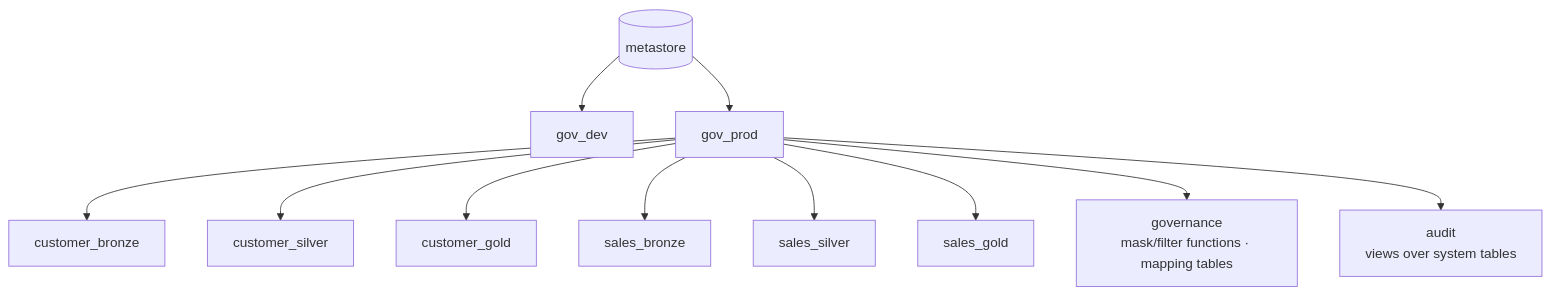
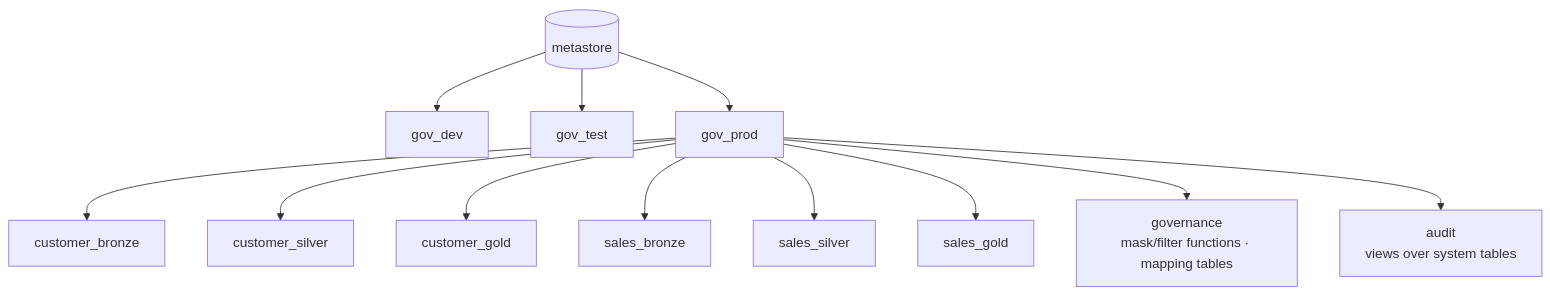
One commit to felipecastro-data/lakehouse-governance-as-code changed the second of 6 diagrams in docs/architecture.md. Above: the diagram before and after it, drawn with Mermaid. The commit also changed other lines of this file and 5 other files, not shown here.

````diff
--- a/docs/architecture.md
+++ b/docs/architecture.md
@@ -39,9 +39,10 @@
 ```mermaid
 flowchart TB
     M[(metastore)] --> DEV[gov_dev]
+    M --> TEST[gov_test]
     M --> PROD[gov_prod]
     PROD --> CB[customer_bronze] & CS[customer_silver] & CG[customer_gold]
     PROD --> SB[sales_bronze] & SS[sales_silver] & SG[sales_gold]
     PROD --> GOV[governance<br/>mask/filter functions · mapping tables]
     PROD --> AUD[audit<br/>views over system tables]
 ```
````
